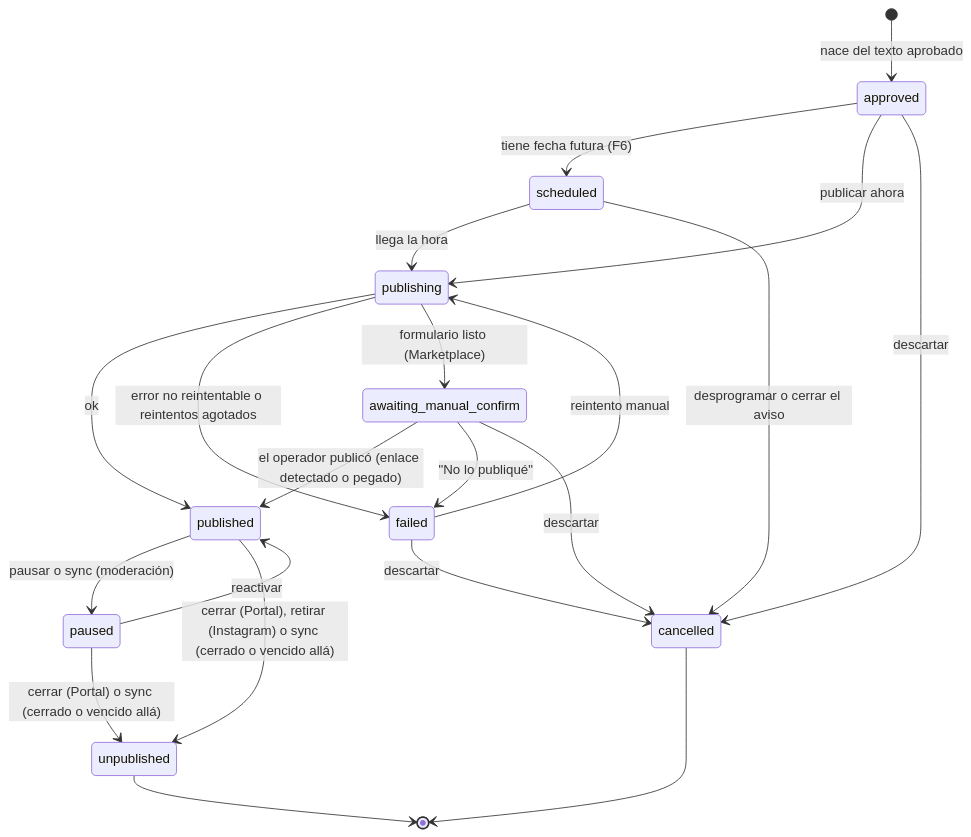
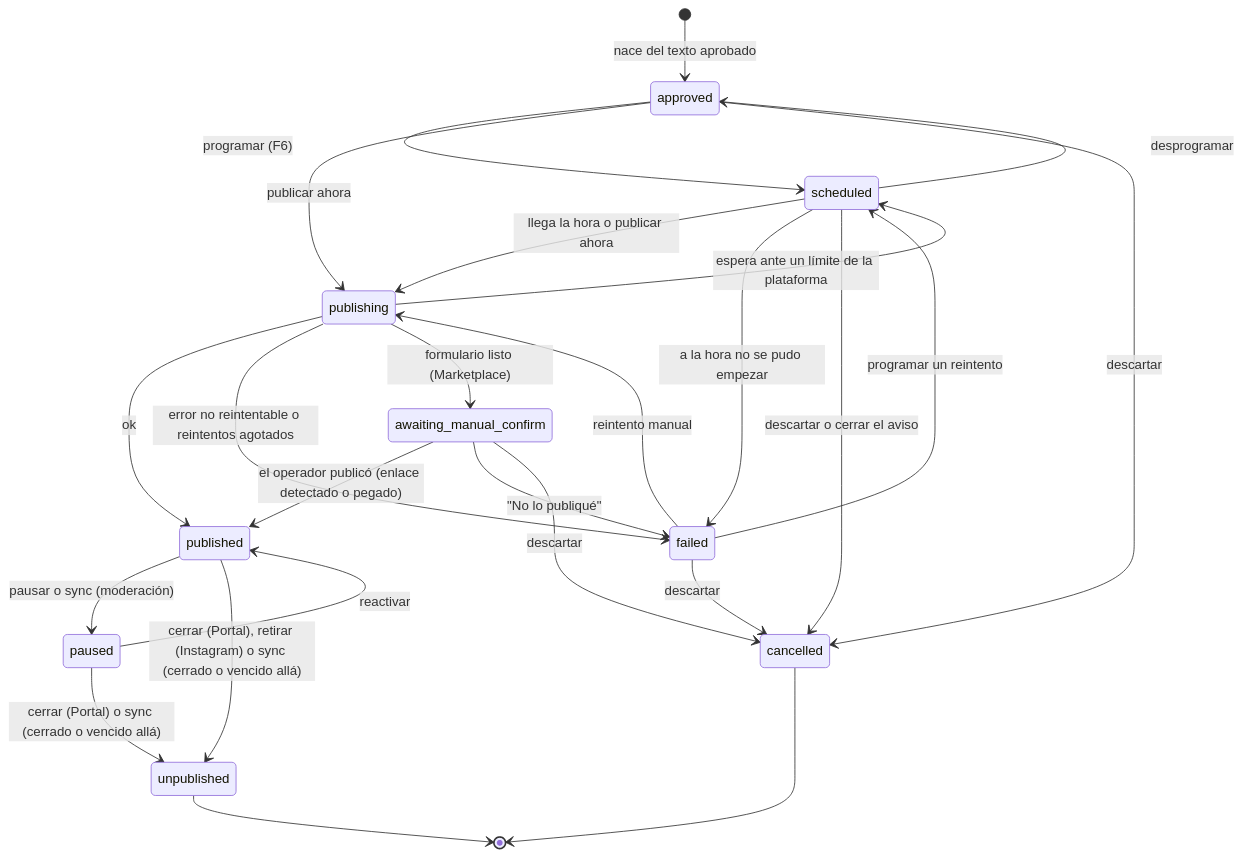
One commit to vicentewolde/AgentSales changed the second of 2 diagrams in docs/01-arquitectura.md. Above: the diagram before and after it, drawn with Mermaid. The commit also changed other lines of this file and 36 other files, not shown here.

````diff
--- a/docs/01-arquitectura.md
+++ b/docs/01-arquitectura.md
@@ -175,23 +191,27 @@
 ```mermaid
 stateDiagram-v2
   [*] --> approved: nace del texto aprobado
-  approved --> scheduled: tiene fecha futura (F6)
+  approved --> scheduled: programar (F6)
   approved --> publishing: publicar ahora
-  scheduled --> publishing: llega la hora
+  scheduled --> publishing: llega la hora o publicar ahora
+  scheduled --> approved: desprogramar
+  scheduled --> failed: a la hora no se pudo empezar
   publishing --> published: ok
   publishing --> failed: error no reintentable o reintentos agotados
+  publishing --> scheduled: espera ante un límite de la plataforma
   failed --> publishing: reintento manual
+  failed --> scheduled: programar un reintento
   published --> paused: pausar o sync (moderación)
   paused --> published: reactivar
   published --> unpublished: cerrar (Portal), retirar (Instagram) o sync (cerrado o vencido allá)
   paused --> unpublished: cerrar (Portal) o sync (cerrado o vencido allá)
   publishing --> awaiting_manual_confirm: formulario listo (Marketplace)
   awaiting_manual_confirm --> published: el operador publicó (enlace detectado o pegado)
   awaiting_manual_confirm --> failed: "No lo publiqué"
   unpublished --> [*]
   approved --> cancelled: descartar
-  scheduled --> cancelled: desprogramar o cerrar el aviso
+  scheduled --> cancelled: descartar o cerrar el aviso
   failed --> cancelled: descartar
   awaiting_manual_confirm --> cancelled: descartar
   cancelled --> [*]
 ```
````
